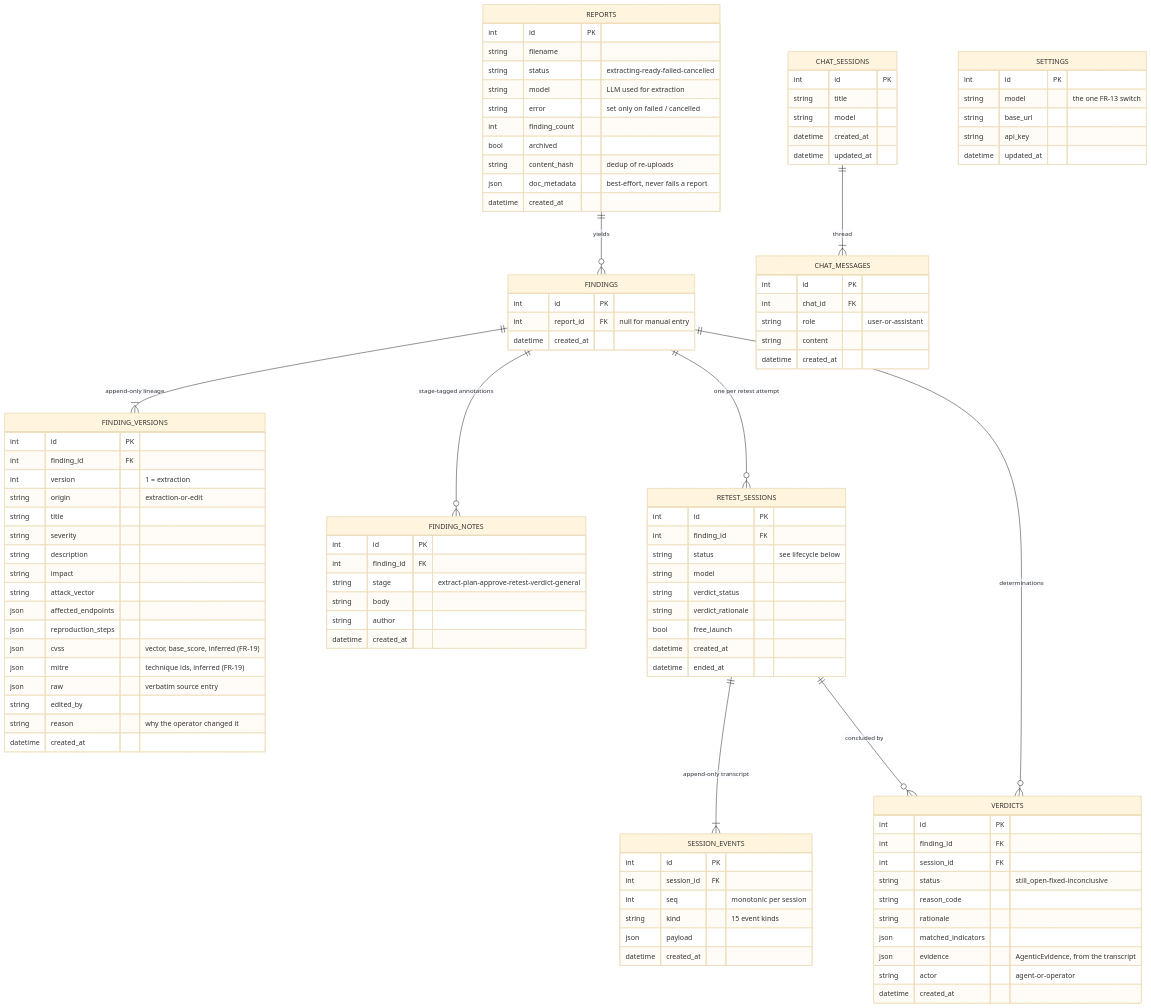
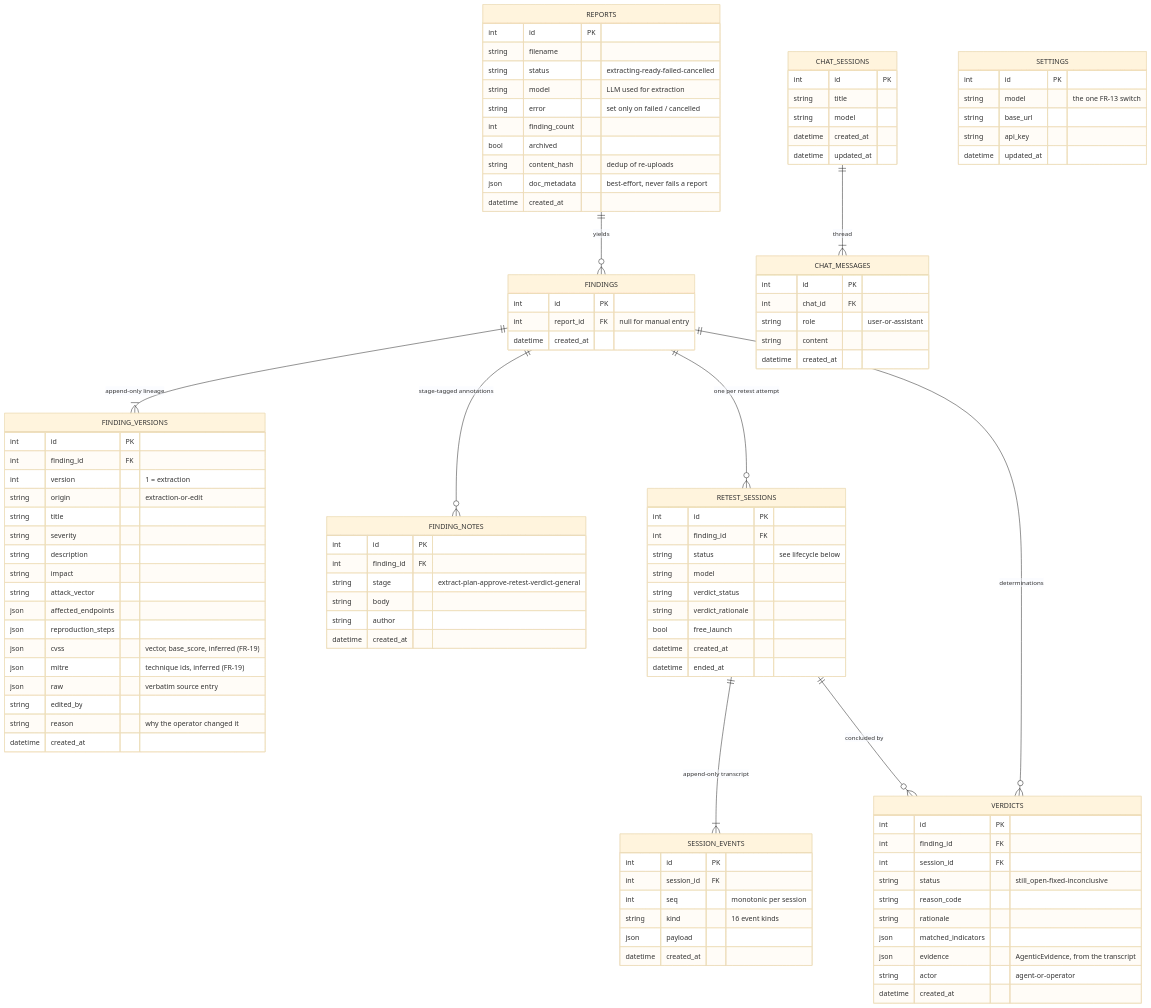
The second of 6 diagrams in docs/architecture/data-model.md (SelfishCoconut/revalid), drawn with Mermaid (base theme) before and after one commit. The commit also changed other lines of this file and 18 other files, not shown here.

```diff
--- a/docs/architecture/data-model.md
+++ b/docs/architecture/data-model.md
@@ -105,7 +105,7 @@
         int id PK
         int session_id FK
         int seq "monotonic per session"
-        string kind "15 event kinds"
+        string kind "16 event kinds"
         json payload
         datetime created_at
     }
```
